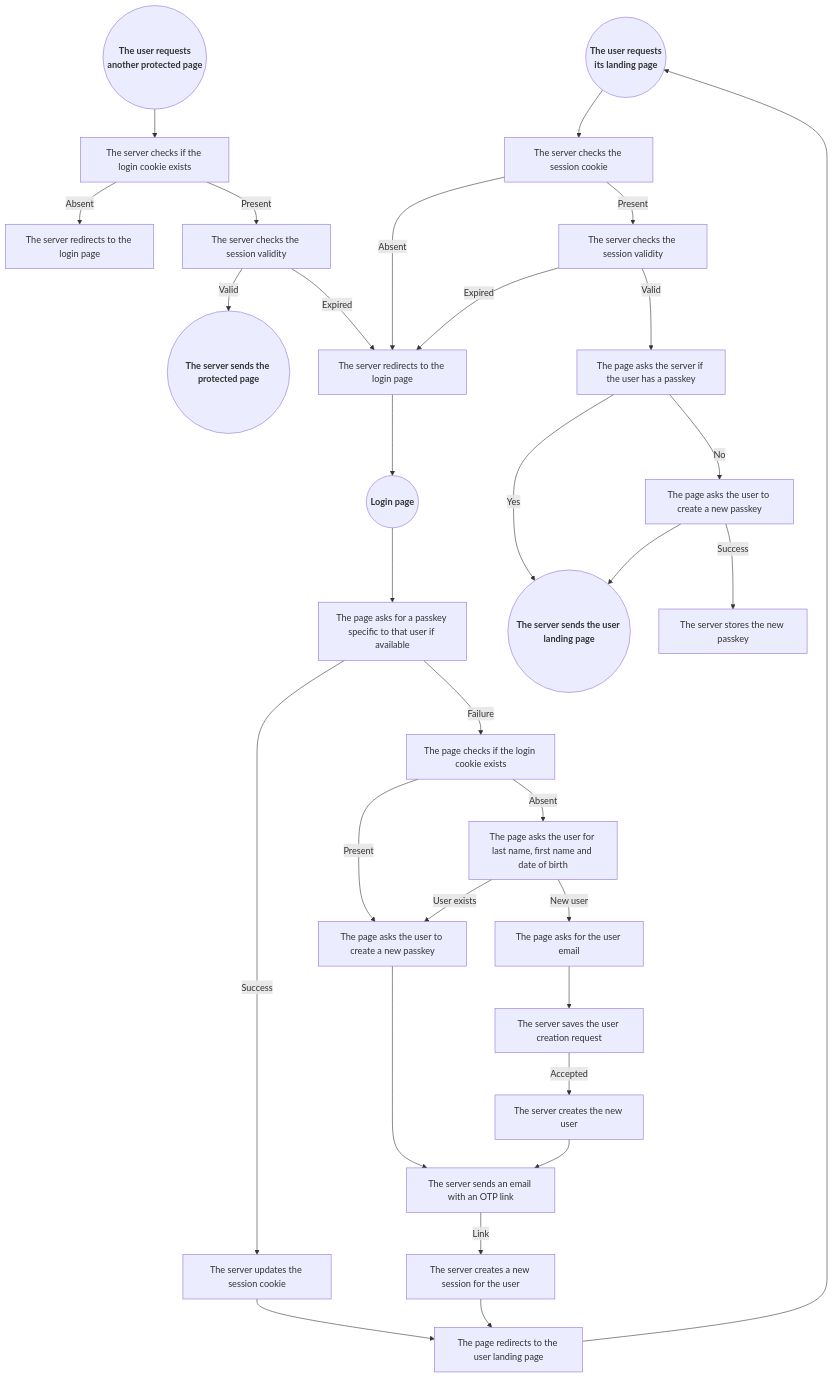
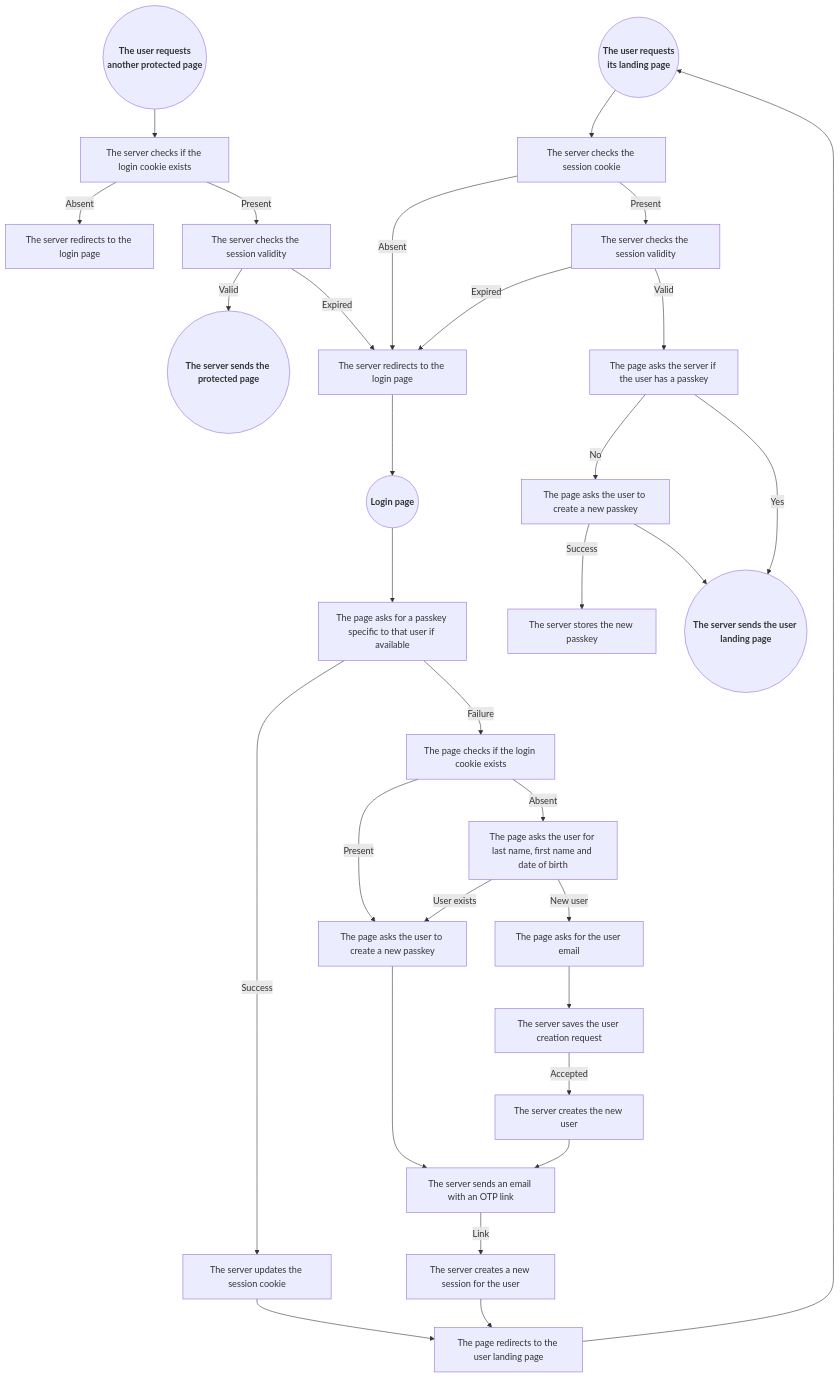
Before and after one commit to programingjd/tiered_server: the diagram in README.md, drawn with Mermaid. The commit also changed other lines of this file, not shown here.

````diff
--- a/README.md
+++ b/README.md
@@ -123,40 +123,40 @@
 ```mermaid
 graph TD;
   UserLandingPageRequest(("<b>The user requests<br>its landing page</b>"))
   ProtectedPageRequest(("<b>The user requests<br>another protected page</b>"))
   LoginPageRequest(("<b>Login page</b>"))
   
   ProtectedPageRequest-->QueryCookie1[The server checks if the login cookie exists]
   QueryCookie1-->|Absent|LoginPageRedirect1[The server redirects to the login page]
   QueryCookie1-->|Present|CheckSessionValidity1[The server checks the session validity]
   CheckSessionValidity1-->|Valid|ProtectedPageResponse(("<b>The server sends the protected page<b>"))
   CheckSessionValidity1-->|Expired|LoginPageRedirect
 
   UserLandingPageRequest-->QueryCookie2[The server checks the session cookie]
   QueryCookie2--Absent-->LoginPageRedirect[The server redirects to the login page]
   QueryCookie2--Present-->CheckSessionValidity2[The server checks the session validity]
   CheckSessionValidity2-->|Expired|LoginPageRedirect
   CheckSessionValidity2-->|Valid|QueryExistingPasskey2[The page asks the server if the user has a passkey]
+  QueryExistingPasskey2-->|No|NewPasskeyPrompt2[The page asks the user to create a new passkey]
   QueryExistingPasskey2-->|Yes|UserLandingPageResponse(("<b>The server sends the user landing page<b>"))
-  QueryExistingPasskey2-->|No|NewPasskeyPrompt2[The page asks the user to create a new passkey]
+  NewPasskeyPrompt2-->|Success|NewPasskeyStore2[The server stores the new passkey]
   NewPasskeyPrompt2-->UserLandingPageResponse
-  NewPasskeyPrompt2-->|Success|NewPasskeyStore2[The server stores the new passkey]
 
   LoginPageRequest-->QueryPasskey[The page asks for a passkey specific to that user if available]
   QueryPasskey-->|Success|SessionCookieUpdate[The server updates the session cookie]
   SessionCookieUpdate-->UserLandingPageRedirect[The page redirects to the user landing page]
   QueryPasskey-->|Failure|QueryCookie3[The page checks if the login cookie exists]
   QueryCookie3-->|Present|NewPasskeyPrompt3[The page asks the user to create a new passkey]
   QueryCookie3-->|Absent|UserForm[The page asks the user for last name, first name and date of birth]
   UserForm-->|User exists|NewPasskeyPrompt3
   NewPasskeyPrompt3-->EmailOTP[The server sends an email with an OTP link]
   EmailOTP-->|Link|NewSession[The server creates a new session for the user]
   NewSession-->UserLandingPageRedirect
   UserForm-->|New user|NewUser[The page asks for the user email]
   NewUser-->UserModeration[The server saves the user creation request]
   UserModeration-->|Accepted|UserCreation[The server creates the new user]
   UserCreation-->EmailOTP
   
   UserLandingPageRedirect-->UserLandingPageRequest
   LoginPageRedirect-->LoginPageRequest
 ```
````
